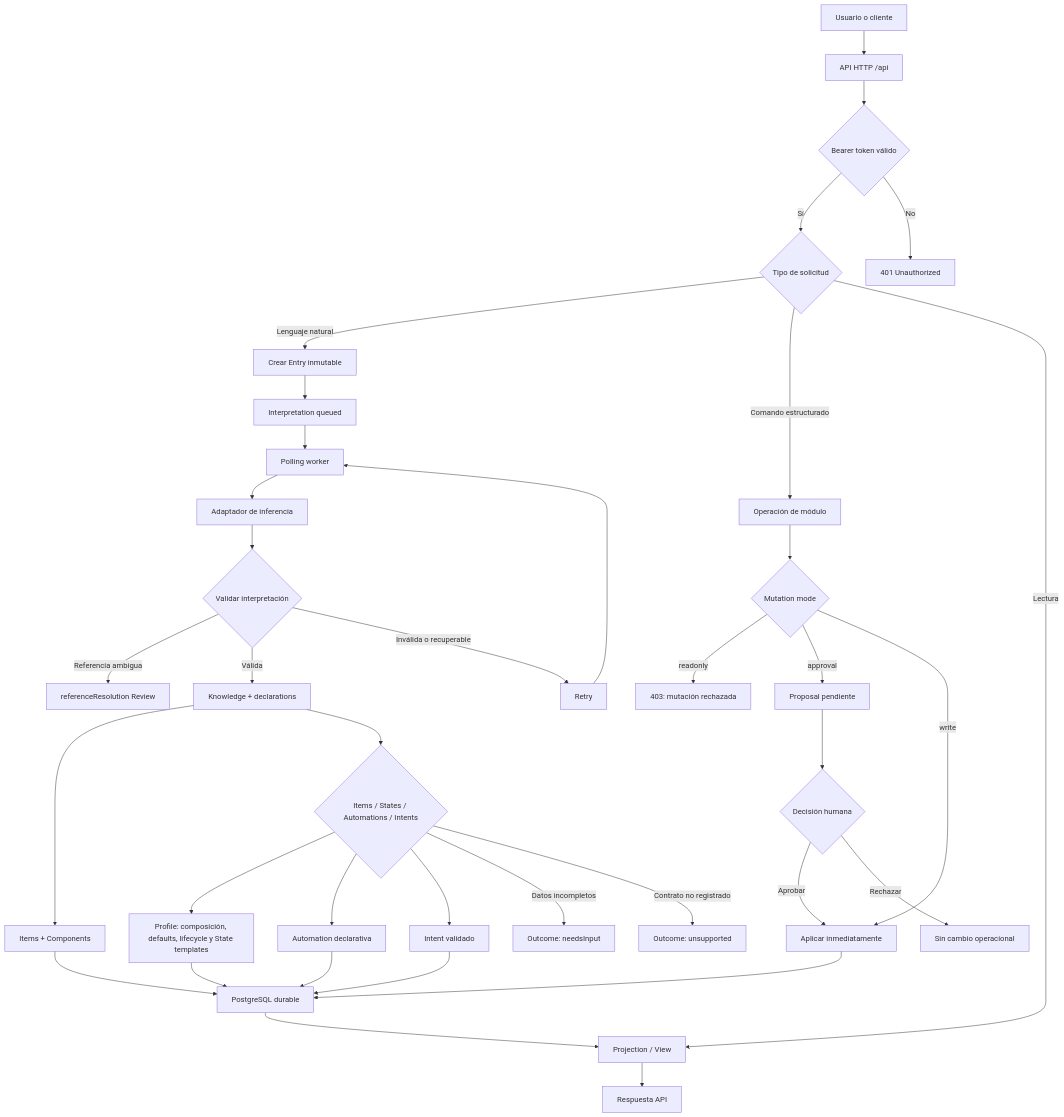
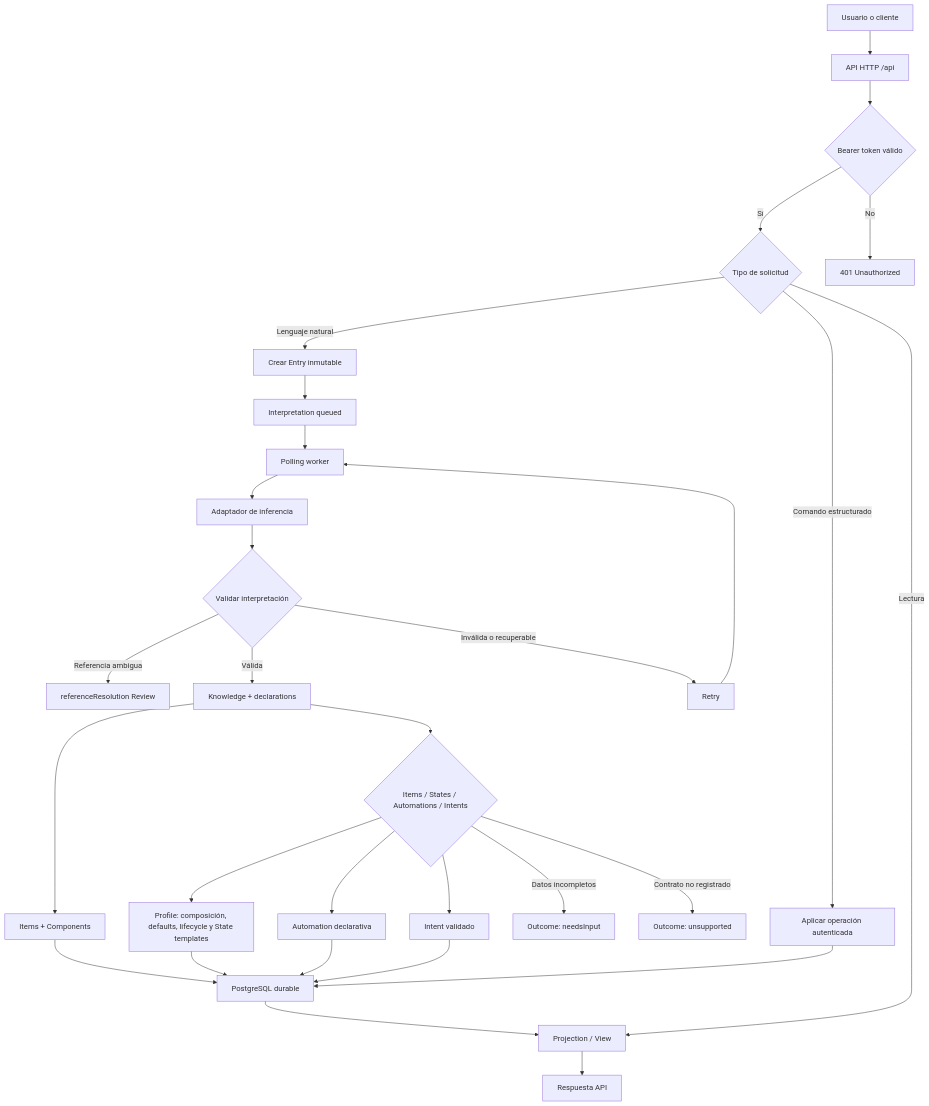
Before and after one commit to itmarck/wingman: the diagram in docs/system.md, drawn with Mermaid. The commit also changed 218 other files, not shown here.

````diff
--- a/docs/system.md
+++ b/docs/system.md
@@ -3,44 +3,36 @@
 ```mermaid
 flowchart TD
     U["Usuario o cliente"] --> API["API HTTP /api"]
     API --> AUTH{"Bearer token válido"}
     AUTH -- Sí --> ROUTE{"Tipo de solicitud"}
     AUTH -- No --> ERR401["401 Unauthorized"]
 
     ROUTE -->|Lenguaje natural| ENTRY["Crear Entry inmutable"]
-    ROUTE -->|Comando estructurado| MUTATION["Operación de módulo"]
+    ROUTE -->|Comando estructurado| APPLY["Aplicar operación autenticada"]
     ROUTE -->|Lectura| QUERY["Projection / View"]
 
     ENTRY --> QUEUE["Interpretation queued"]
     QUEUE --> WORKER["Polling worker"]
     WORKER --> MODEL["Adaptador de inferencia"]
     MODEL --> VALIDATE{"Validar interpretación"}
     VALIDATE -- Referencia ambigua --> REVIEW["referenceResolution Review"]
     VALIDATE -- Válida --> DRAFT["Knowledge + declarations"]
     VALIDATE -- Inválida o recuperable --> RETRY["Retry"]
     RETRY --> WORKER
 
     DRAFT --> KNOWLEDGE["Items + Components"]
     DRAFT --> DECLARATIONS{"Items / States / Automations / Intents"}
     DECLARATIONS --> PROFILE["Profile: composición, defaults, lifecycle y State templates"]
     DECLARATIONS --> AUTOMATION["Automation declarativa"]
     DECLARATIONS --> INTENT["Intent validado"]
     DECLARATIONS -->|Datos incompletos| NEEDSINPUT["Outcome: needsInput"]
     DECLARATIONS -->|Contrato no registrado| UNSUPPORTED["Outcome: unsupported"]
 
-    MUTATION --> MODE{"Mutation mode"}
-    MODE -- readonly --> DENIED["403: mutación rechazada"]
-    MODE -- approval --> PROPOSAL["Proposal pendiente"]
-    MODE -- write --> APPLY["Aplicar inmediatamente"]
-    PROPOSAL --> DECISION{"Decisión humana"}
-    DECISION -- Aprobar --> APPLY
-    DECISION -- Rechazar --> REJECTED["Sin cambio operacional"]
-
     KNOWLEDGE --> STORE["PostgreSQL durable"]
     PROFILE --> STORE
     AUTOMATION --> STORE
     INTENT --> STORE
     APPLY --> STORE
     STORE --> QUERY
     QUERY --> RESPONSE["Respuesta API"]
 ```
````
